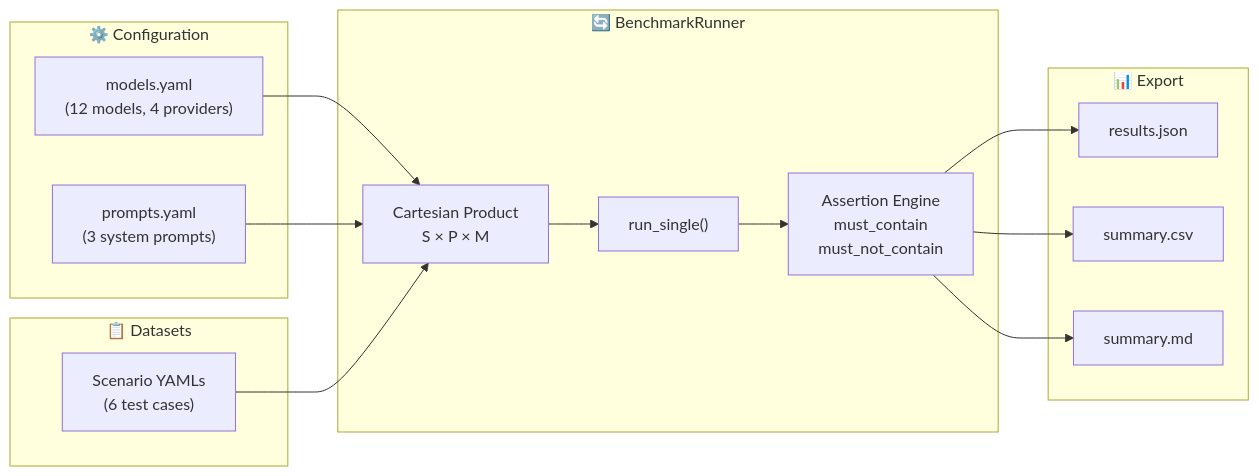
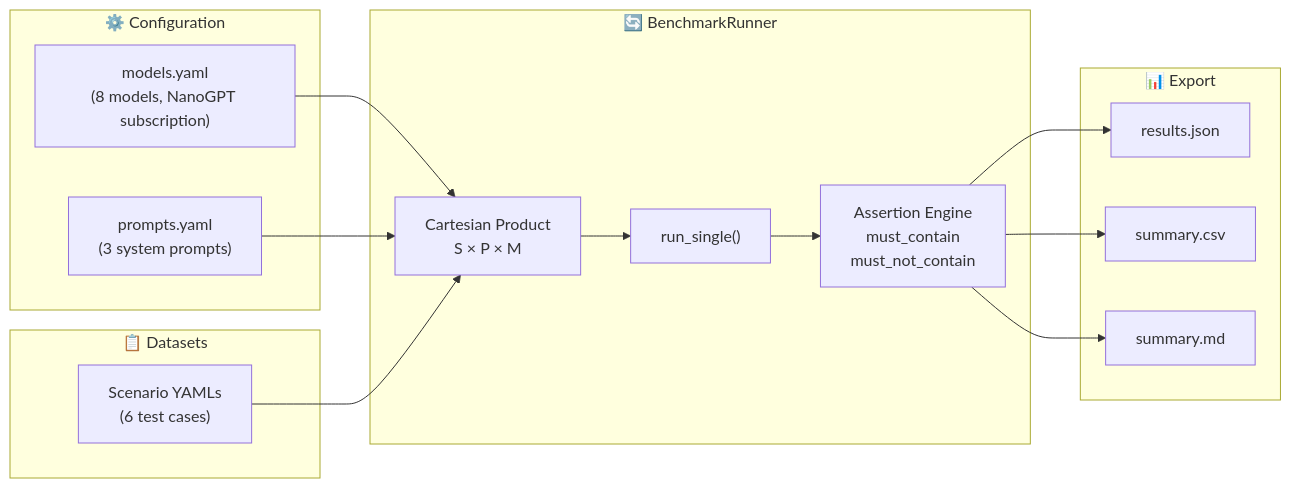
One commit to sgraziabile/agent-memory-benchmark changed the first of 3 diagrams in README.md. Above: the diagram before and after it, drawn with Mermaid. The commit also changed other lines of this file and 7 other files, not shown here.

Commit message:
feat: Update model configurations to replace Groq with NanoGPT and adjust related documentation

````diff
--- a/README.md
+++ b/README.md
@@ -57,32 +57,32 @@
 ```mermaid
 flowchart LR
     subgraph configs["⚙️ Configuration"]
-        M["models.yaml\n(12 models, 4 providers)"]
+        M["models.yaml\n(8 models, NanoGPT subscription)"]
         P["prompts.yaml\n(3 system prompts)"]
     end
 
     subgraph data["📋 Datasets"]
         S["Scenario YAMLs\n(6 test cases)"]
     end
 
     subgraph runner["🔄 BenchmarkRunner"]
         CP["Cartesian Product\nS × P × M"]
         RS["run_single()"]
         AE["Assertion Engine\nmust_contain\nmust_not_contain"]
     end
 
     subgraph export["📊 Export"]
         JSON["results.json"]
         CSV["summary.csv"]
         MD["summary.md"]
     end
 
     M --> CP
     P --> CP
     S --> CP
     CP --> RS
     RS --> AE
     AE --> JSON
     AE --> CSV
     AE --> MD
 ```
````
